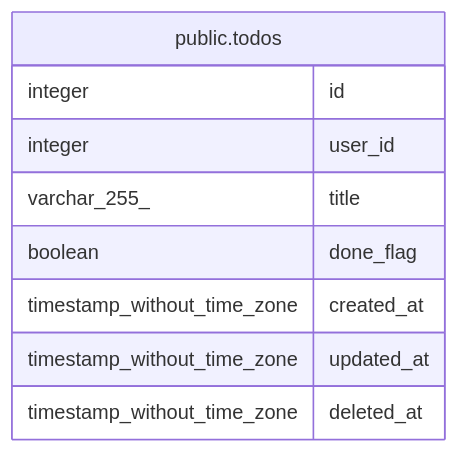
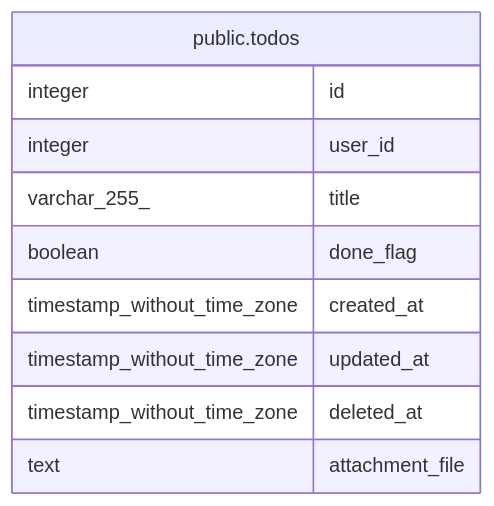
The diagram in backend/schema/public.todos.md (keito-isurugi/next-go-project), drawn with Mermaid before and after one commit. The commit also changed other lines of this file and 4 other files, not shown here.

````diff
--- a/backend/schema/public.todos.md
+++ b/backend/schema/public.todos.md
@@ -33,14 +34,15 @@
 ```mermaid
 erDiagram
 
 
 "public.todos" {
   integer id
   integer user_id
   varchar_255_ title
   boolean done_flag
   timestamp_without_time_zone created_at
   timestamp_without_time_zone updated_at
   timestamp_without_time_zone deleted_at
+  text attachment_file
 }
 ```
````
